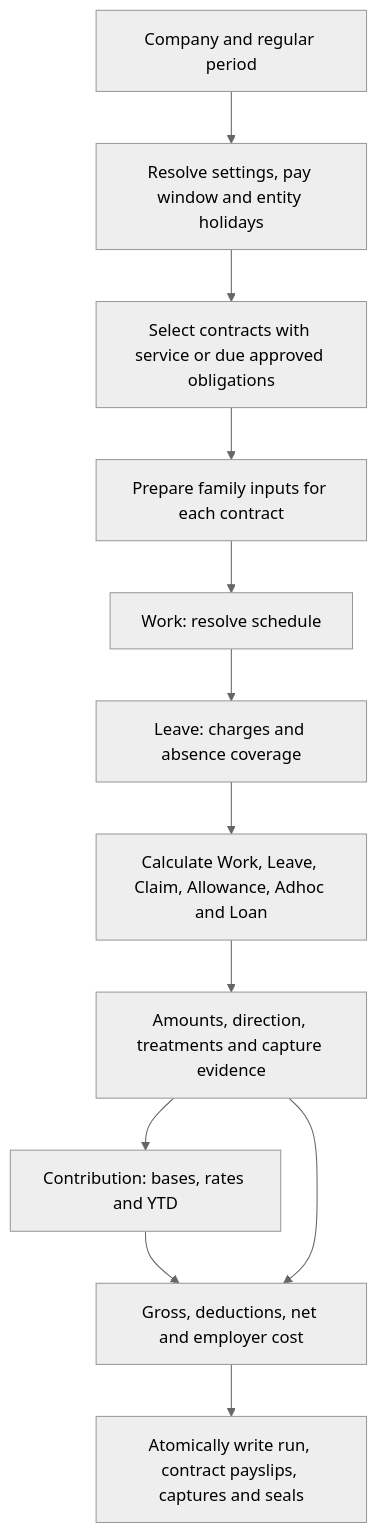
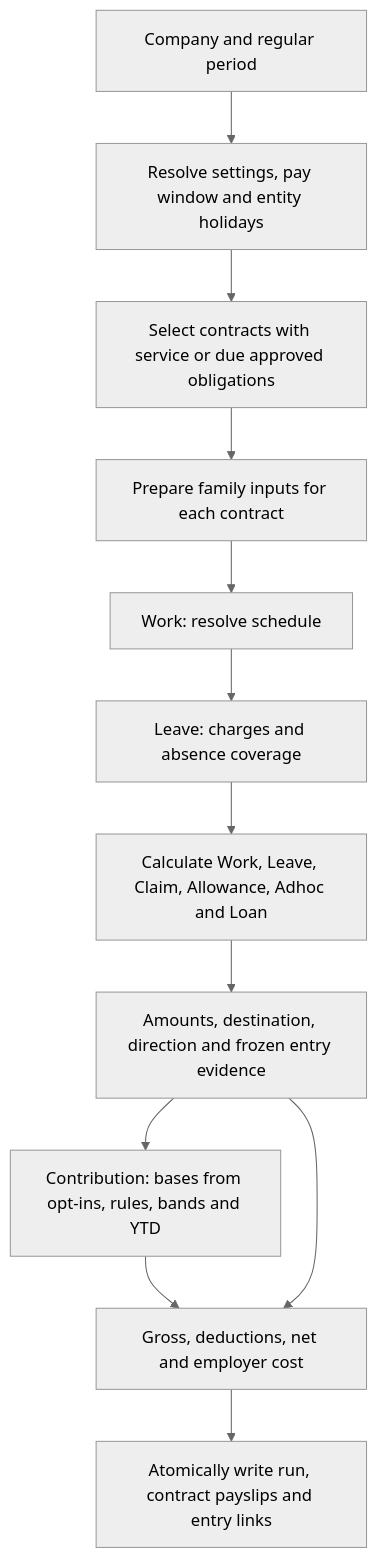
One commit to norbital-ai/templates changed the first of 2 diagrams in hr-payroll/docs/architecture.md. Above: the diagram before and after it, drawn with Mermaid (neutral theme). The commit also changed other lines of this file and 357 other files, not shown here.

````diff
--- a/hr-payroll/docs/architecture.md
+++ b/hr-payroll/docs/architecture.md
@@ -120,14 +123,14 @@
 ```mermaid
 flowchart TD
     Request[Company and regular period] --> Context[Resolve settings, pay window and entity holidays]
     Context --> Contracts[Select contracts with service or due approved obligations]
     Contracts --> Prepare[Prepare family inputs for each contract]
     Prepare --> Work[Work: resolve schedule]
     Work --> Leave[Leave: charges and absence coverage]
     Leave --> Calculate[Calculate Work, Leave, Claim, Allowance, Adhoc and Loan]
-    Calculate --> Results[Amounts, direction, treatments and capture evidence]
-    Results --> Contribution[Contribution: bases, rates and YTD]
+    Calculate --> Results[Amounts, destination, direction and frozen entry evidence]
+    Results --> Contribution[Contribution: bases from opt-ins, rules, bands and YTD]
     Contribution --> Settle[Gross, deductions, net and employer cost]
     Results --> Settle
-    Settle --> Commit[Atomically write run, contract payslips, captures and seals]
+    Settle --> Commit[Atomically write run, contract payslips and entry links]
 ```
````
